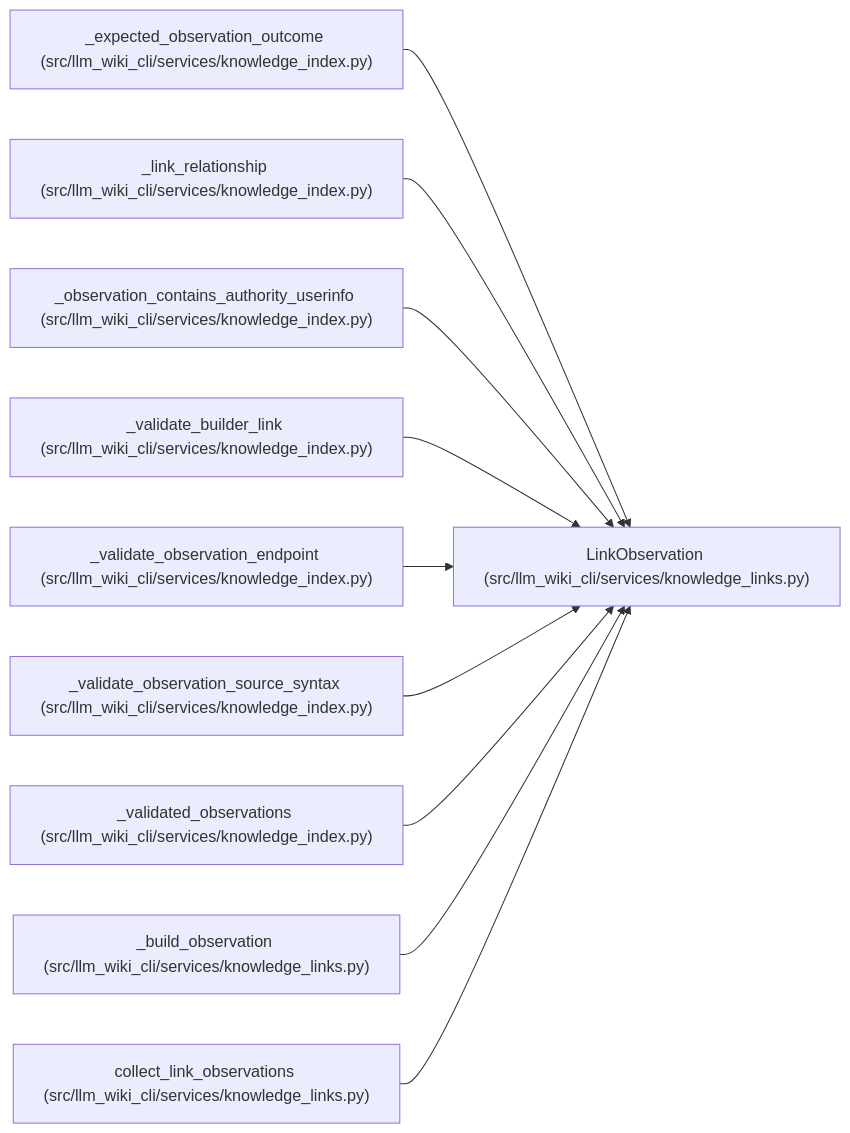
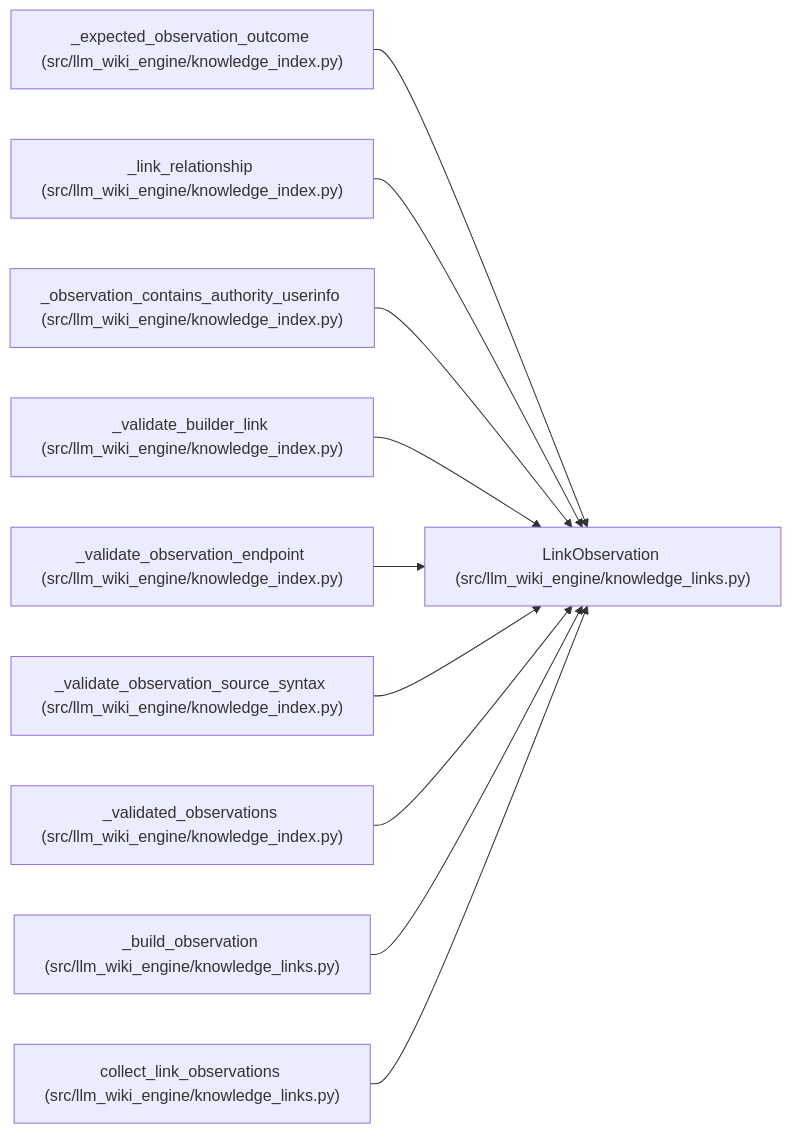
One commit to Denissvgn/python-wiki-llm changed the diagram in docs/llm_wiki/entities/LinkObservation.md. Above: the diagram before and after it, drawn with Mermaid. The commit also changed other lines of this file and 1058 other files, not shown here.

First line of the commit message:
docs: refresh the wiki for the knowledge store move

````diff
--- a/docs/llm_wiki/entities/LinkObservation.md
+++ b/docs/llm_wiki/entities/LinkObservation.md
@@ -43,32 +43,32 @@
 ```mermaid
 flowchart LR
-    n0["LinkObservation (src/llm_wiki_cli/services/knowledge_links.py)"]
-    n1["_expected_observation_outcome (src/llm_wiki_cli/services/knowledge_index.py)"]
-    n2["_link_relationship (src/llm_wiki_cli/services/knowledge_index.py)"]
-    n3["_observation_contains_authority_userinfo (src/llm_wiki_cli/services/knowledge_index.py)"]
-    n4["_validate_builder_link (src/llm_wiki_cli/services/knowledge_index.py)"]
-    n5["_validate_observation_endpoint (src/llm_wiki_cli/services/knowledge_index.py)"]
-    n6["_validate_observation_source_syntax (src/llm_wiki_cli/services/knowledge_index.py)"]
-    n7["_validated_observations (src/llm_wiki_cli/services/knowledge_index.py)"]
-    n8["_build_observation (src/llm_wiki_cli/services/knowledge_links.py)"]
-    n9["collect_link_observations (src/llm_wiki_cli/services/knowledge_links.py)"]
+    n0["LinkObservation (src/llm_wiki_engine/knowledge_links.py)"]
+    n1["_expected_observation_outcome (src/llm_wiki_engine/knowledge_index.py)"]
+    n2["_link_relationship (src/llm_wiki_engine/knowledge_index.py)"]
+    n3["_observation_contains_authority_userinfo (src/llm_wiki_engine/knowledge_index.py)"]
+    n4["_validate_builder_link (src/llm_wiki_engine/knowledge_index.py)"]
+    n5["_validate_observation_endpoint (src/llm_wiki_engine/knowledge_index.py)"]
+    n6["_validate_observation_source_syntax (src/llm_wiki_engine/knowledge_index.py)"]
+    n7["_validated_observations (src/llm_wiki_engine/knowledge_index.py)"]
+    n8["_build_observation (src/llm_wiki_engine/knowledge_links.py)"]
+    n9["collect_link_observations (src/llm_wiki_engine/knowledge_links.py)"]
     n1 --> n0
     n2 --> n0
     n3 --> n0
     n4 --> n0
     n5 --> n0
     n6 --> n0
     n7 --> n0
     n8 --> n0
     n9 --> n0
     click n0 "../modules/knowledge_links.md"
     click n1 "../modules/knowledge_index.md"
     click n2 "../modules/knowledge_index.md"
     click n3 "../modules/knowledge_index.md"
     click n4 "../modules/knowledge_index.md"
     click n5 "../modules/knowledge_index.md"
     click n6 "../modules/knowledge_index.md"
     click n7 "../modules/knowledge_index.md"
     click n8 "../modules/knowledge_links.md"
     click n9 "../modules/knowledge_links.md"
 ```
````
